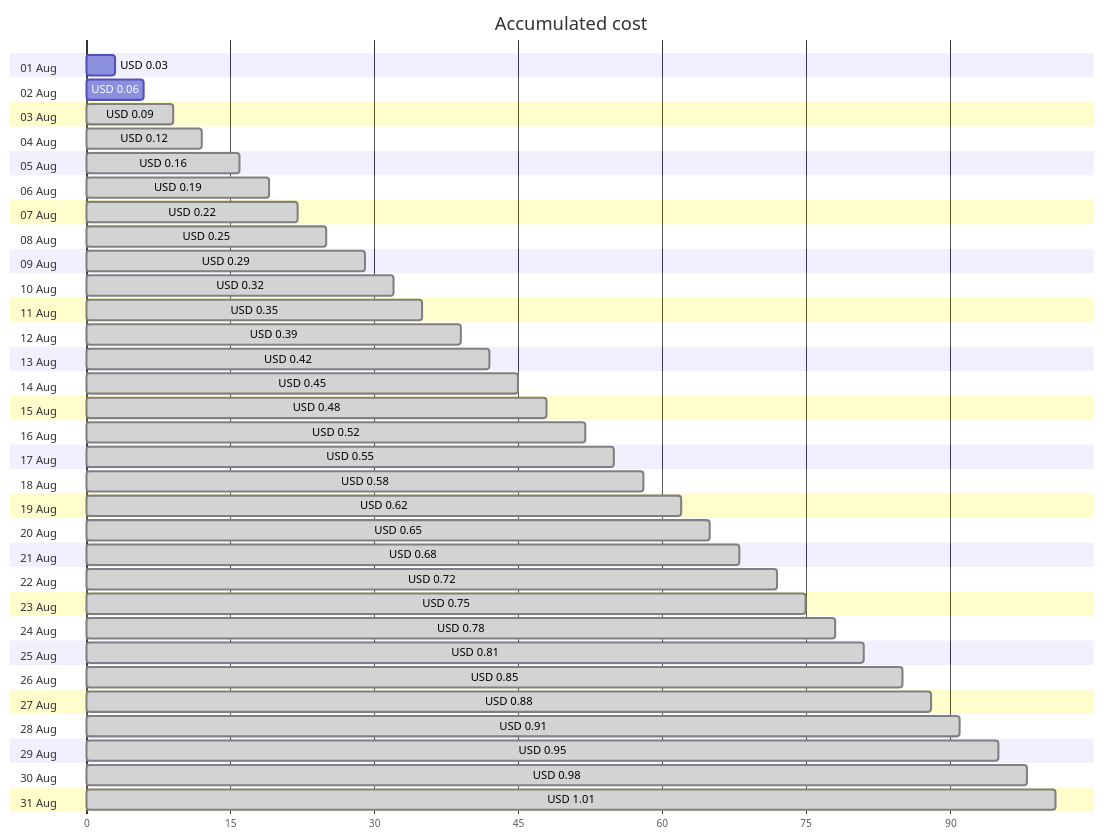
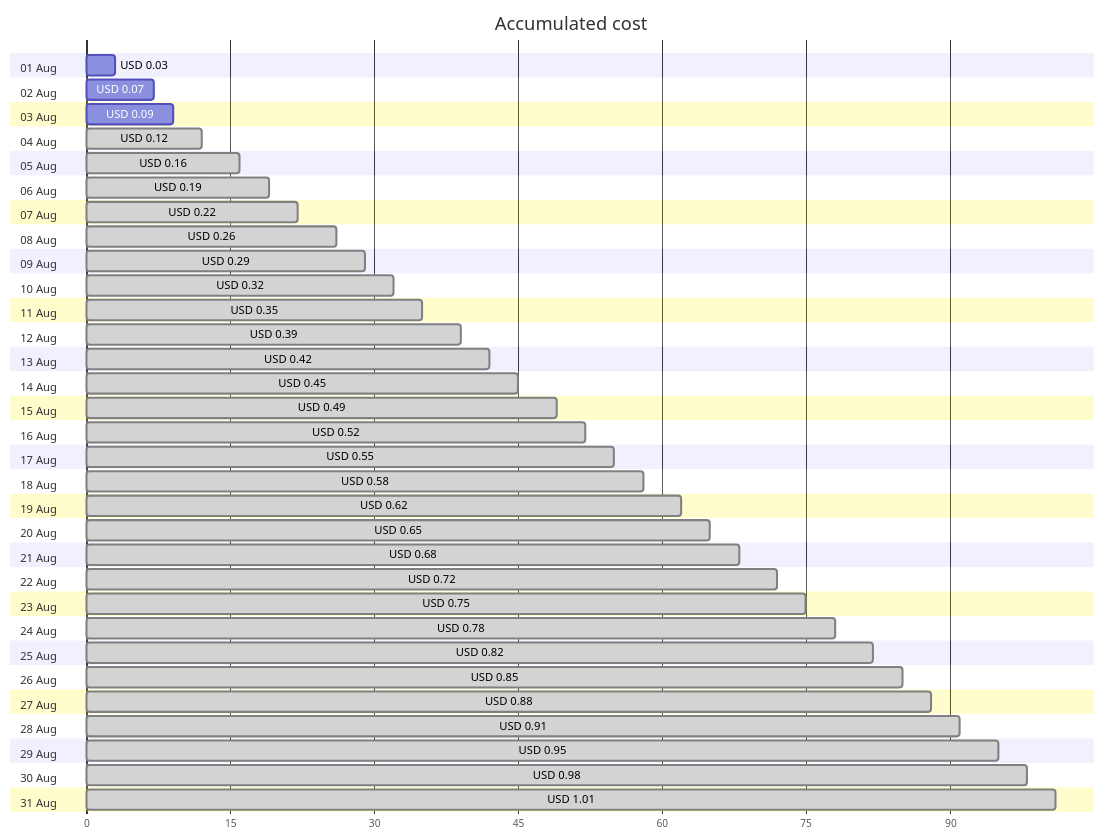
The first of 4 diagrams in cost-reports/personal-dns/README.md (jpfulton/azure-personal-reports), drawn with Mermaid before and after one commit. The commit also changed other lines of this file and 2 other files, not shown here.

````diff
--- a/cost-reports/personal-dns/README.md
+++ b/cost-reports/personal-dns/README.md
@@ -20,68 +20,68 @@
 ```mermaid
 gantt
    title Accumulated cost
    dateFormat  X
    axisFormat %s
    section 01 Aug
    USD 0.03 :0, 3
    section 02 Aug
-   USD 0.06 :0, 6
+   USD 0.07 :0, 7
    section 03 Aug
-   USD 0.09 : done, 0, 9
+   USD 0.09 :0, 9
    section 04 Aug
    USD 0.12 : done, 0, 12
    section 05 Aug
    USD 0.16 : done, 0, 16
    section 06 Aug
    USD 0.19 : done, 0, 19
    section 07 Aug
    USD 0.22 : done, 0, 22
    section 08 Aug
-   USD 0.25 : done, 0, 25
+   USD 0.26 : done, 0, 26
    section 09 Aug
    USD 0.29 : done, 0, 29
    section 10 Aug
    USD 0.32 : done, 0, 32
    section 11 Aug
    USD 0.35 : done, 0, 35
    section 12 Aug
    USD 0.39 : done, 0, 39
    section 13 Aug
    USD 0.42 : done, 0, 42
    section 14 Aug
    USD 0.45 : done, 0, 45
    section 15 Aug
-   USD 0.48 : done, 0, 48
+   USD 0.49 : done, 0, 49
    section 16 Aug
    USD 0.52 : done, 0, 52
    section 17 Aug
    USD 0.55 : done, 0, 55
    section 18 Aug
    USD 0.58 : done, 0, 58
    section 19 Aug
    USD 0.62 : done, 0, 62
    section 20 Aug
    USD 0.65 : done, 0, 65
    section 21 Aug
    USD 0.68 : done, 0, 68
    section 22 Aug
    USD 0.72 : done, 0, 72
    section 23 Aug
    USD 0.75 : done, 0, 75
    section 24 Aug
    USD 0.78 : done, 0, 78
    section 25 Aug
-   USD 0.81 : done, 0, 81
+   USD 0.82 : done, 0, 82
    section 26 Aug
    USD 0.85 : done, 0, 85
    section 27 Aug
    USD 0.88 : done, 0, 88
    section 28 Aug
    USD 0.91 : done, 0, 91
    section 29 Aug
    USD 0.95 : done, 0, 95
    section 30 Aug
    USD 0.98 : done, 0, 98
    section 31 Aug
    USD 1.01 : done, 0, 101
 ```
````
